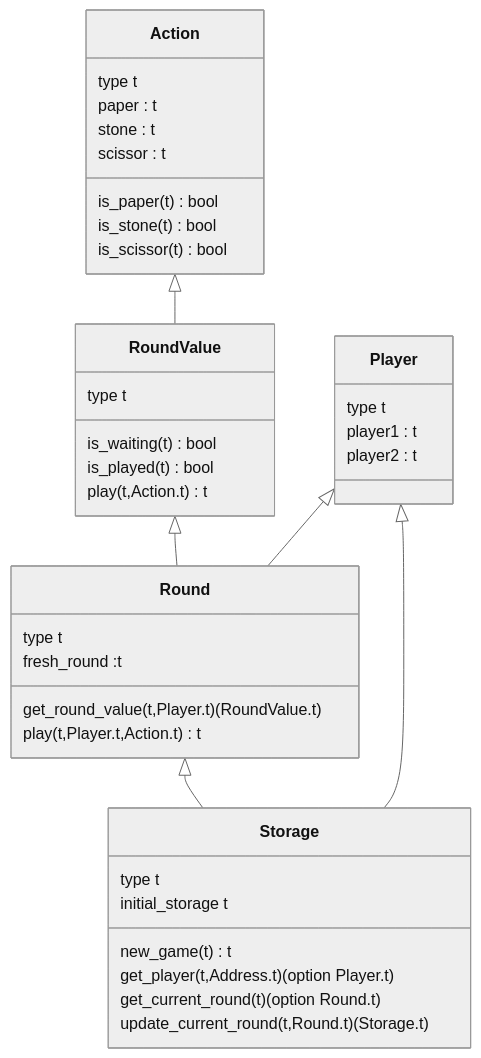
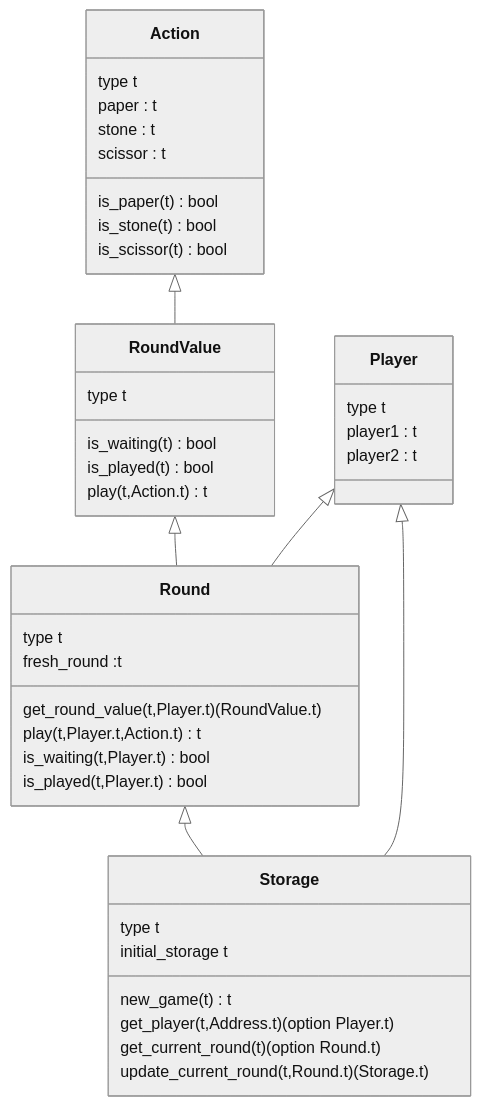
The sixth of 6 diagrams in v1/README.md (ligolang/jsligo-training-dapp-shifumi), drawn with Mermaid (neutral theme) before and after one commit.

````diff
--- a/v1/README.md
+++ b/v1/README.md
@@ -107,47 +107,49 @@
 ```mermaid
 classDiagram
     Action <|-- RoundValue
     RoundValue <|-- Round
     Round <|-- Storage
     Player <|-- Round
     Player <|-- Storage
 
     class Action{
          type t
          paper : t
          stone : t
          scissor : t
          is_paper(t) bool
          is_stone(t) bool
          is_scissor(t) bool
     }
             
     class Player{
          type t
          player1 : t
          player2 : t
     }
 
     class RoundValue{
          type t
          is_waiting(t) bool
          is_played(t) bool
          play(t,Action.t) t
     }
 
     class Round{
          type t
          fresh_round :t
          get_round_value(t,Player.t) (RoundValue.t)
          play(t,Player.t,Action.t) t
+         is_waiting(t,Player.t) bool
+         is_played(t,Player.t) bool
     }
 
     class Storage{
          type t
          initial_storage t
          new_game(t) t
          get_player(t,Address.t) (option Player.t)
          get_current_round(t) (option Round.t)
          update_current_round(t,Round.t) (Storage.t)
     }
 ```
````
